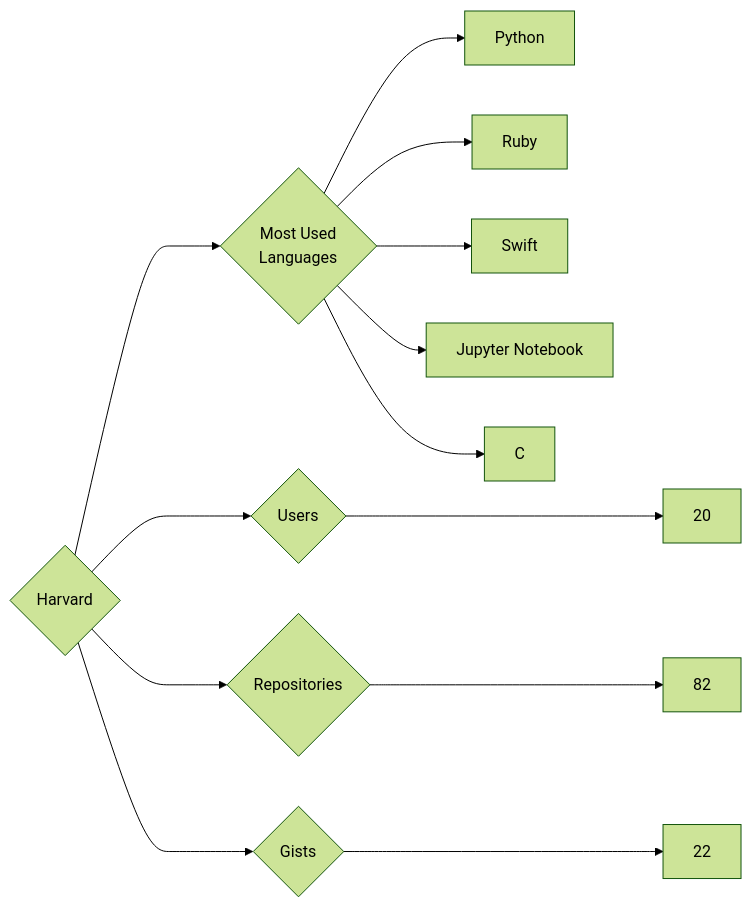
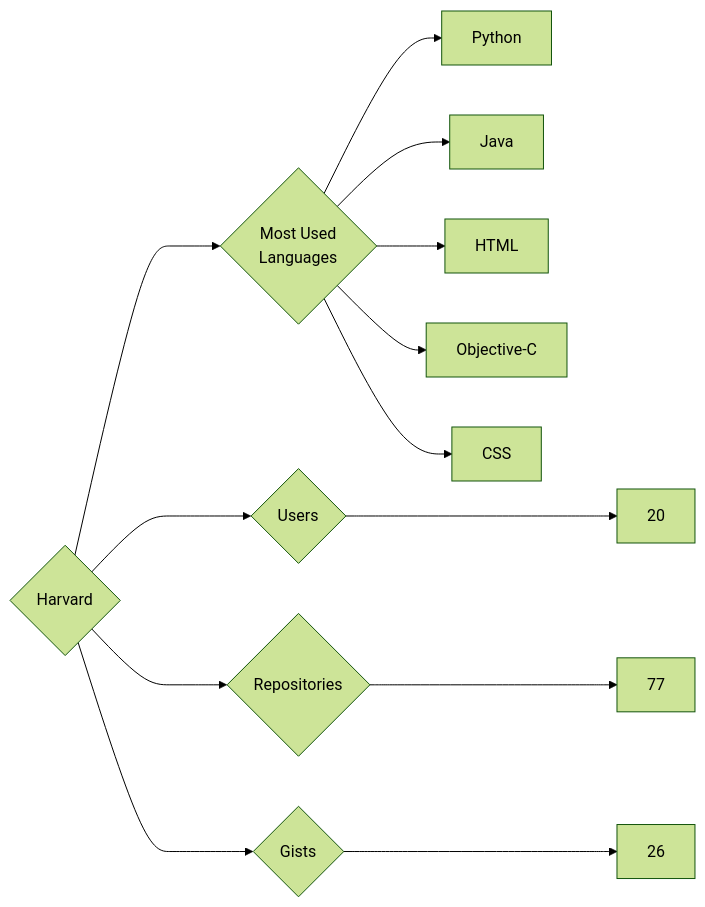
Before and after one commit to trickest/insiders: the diagram in targets/Harvard/README.md, drawn with Mermaid (forest theme). The commit also changed 925 other files, not shown here.

````diff
--- a/targets/Harvard/README.md
+++ b/targets/Harvard/README.md
@@ -3,13 +3,13 @@
 ```mermaid
 graph LR
 COMPANY_NAME{Harvard}
 COMPANY_NAME ---> U{Users} ---> UN[20]
-COMPANY_NAME ---> R{Repositories} ---> RN[82]
-COMPANY_NAME ---> G{Gists} ---> GN[22]
+COMPANY_NAME ---> R{Repositories} ---> RN[77]
+COMPANY_NAME ---> G{Gists} ---> GN[26]
 COMPANY_NAME ---> ML{Most Used<br>Languages}
 ML --> Python[Python]
-ML --> Ruby[Ruby]
-ML --> Swift[Swift]
-ML --> Jupyter_Notebook[Jupyter Notebook]
-ML --> C[C]
+ML --> Java[Java]
+ML --> HTML[HTML]
+ML --> Objective-C[Objective-C]
+ML --> CSS[CSS]
 ```
````
